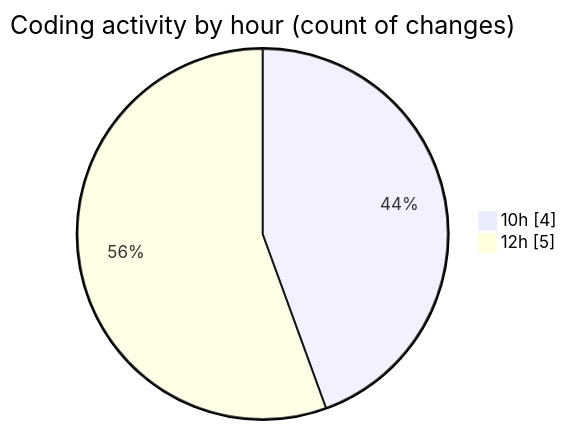
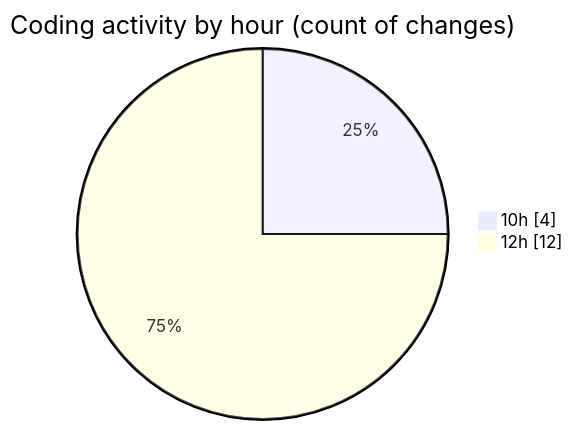
One commit to nxtqubesakshisongat/code-tracking changed the second of 2 diagrams in 2025-05-22/nxtqube_webapp/README.md. Above: the diagram before and after it, drawn with Mermaid. The commit also changed other lines of this file and 1 other file, not shown here.

````diff
--- a/2025-05-22/nxtqube_webapp/README.md
+++ b/2025-05-22/nxtqube_webapp/README.md
@@ -30,6 +30,6 @@
 ```mermaid
 pie showData
 title Coding activity by hour (count of changes)
 "10h" : 4
-"12h" : 5
+"12h" : 12
 ```
````
